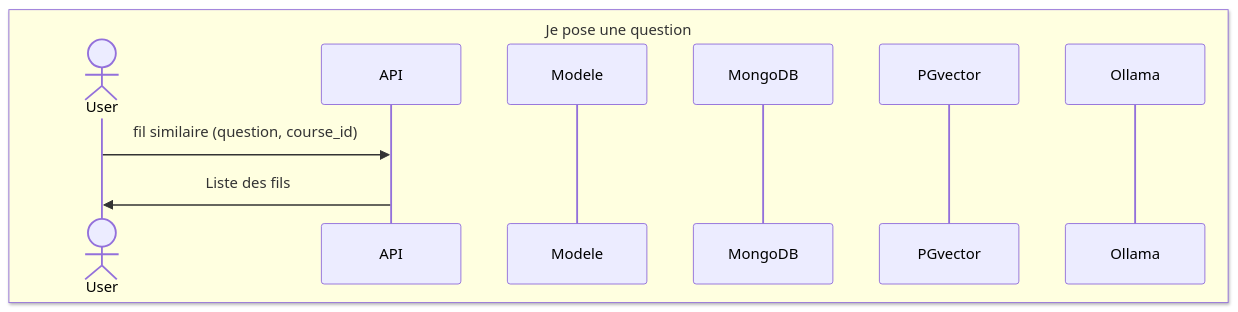
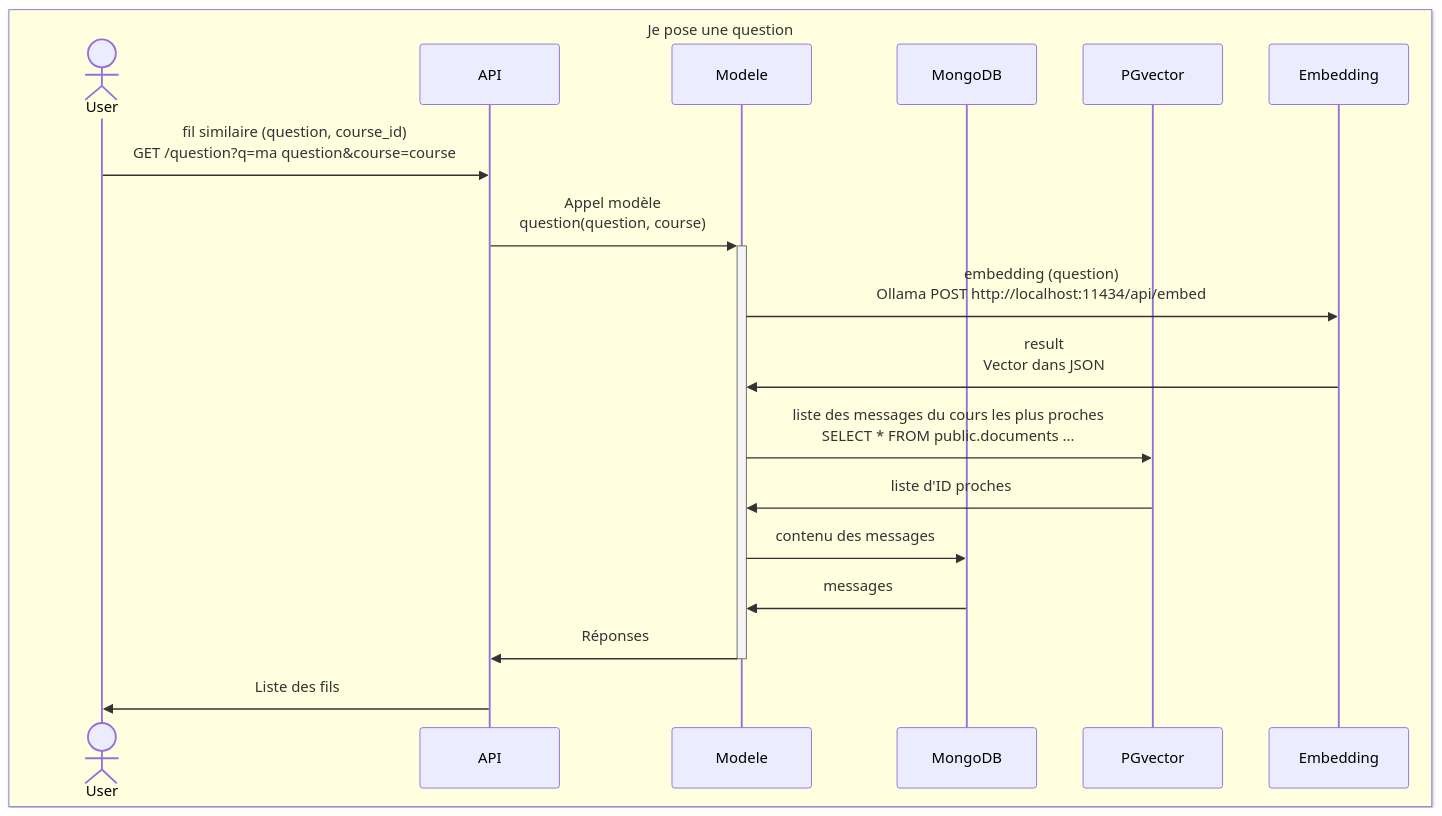
Before and after one commit to data-IA-2024/p4mooc: the third of 3 diagrams in README.md, drawn with Mermaid. The commit also changed other lines of this file, not shown here.

````diff
--- a/README.md
+++ b/README.md
@@ -146,16 +169,24 @@
 ```mermaid
 %% Example of sequence diagram
   sequenceDiagram
 
     box lightyellow Je pose une question
         actor User
         participant API
         participant Modele
         participant MongoDB
         participant PGvector
-        participant Ollama
+        participant Embedding
     end
 
-    User->>API : fil similaire (question, course_id) 
+    User->>API : fil similaire (question, course_id) <br>GET /question?q=ma question&course=course
+    API->>+Modele : Appel modèle <br>question(question, course)
+    Modele->>Embedding : embedding (question)<br>Ollama POST http://localhost:11434/api/embed
+    Embedding->>Modele : result<br>Vector dans JSON
+    Modele->>PGvector : liste des messages du cours les plus proches<br>SELECT * FROM public.documents ...
+    PGvector->>Modele : liste d'ID proches
+    Modele->>MongoDB : contenu des messages
+    MongoDB->>Modele : messages
+    Modele->>-API : Réponses
     API->>User : Liste des fils 
 ```
````
